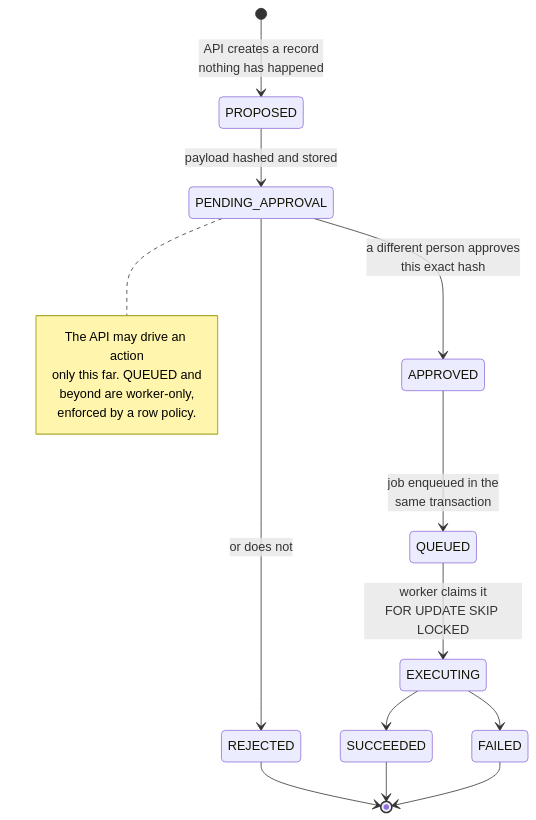
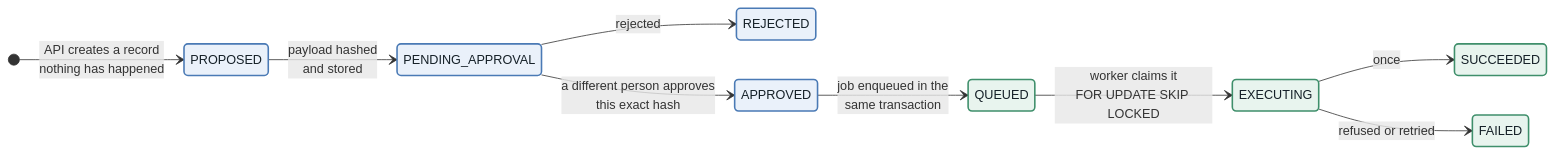
The fourth of 5 diagrams in docs/architecture/README.md (bentalem/Assume-the-Model-Is-Compromised), drawn with Mermaid before and after one commit. The commit also changed other lines of this file and 14 other files, not shown here.

````diff
--- a/docs/architecture/README.md
+++ b/docs/architecture/README.md
@@ -230,21 +217,17 @@
 ```mermaid
 stateDiagram-v2
+    direction LR
     [*] --> PROPOSED: API creates a record<br/>nothing has happened
-    PROPOSED --> PENDING_APPROVAL: payload hashed and stored
+    PROPOSED --> PENDING_APPROVAL: payload hashed<br/>and stored
+    PENDING_APPROVAL --> REJECTED: rejected
     PENDING_APPROVAL --> APPROVED: a different person approves<br/>this exact hash
-    PENDING_APPROVAL --> REJECTED: or does not
     APPROVED --> QUEUED: job enqueued in the<br/>same transaction
     QUEUED --> EXECUTING: worker claims it<br/>FOR UPDATE SKIP LOCKED
-    EXECUTING --> SUCCEEDED
-    EXECUTING --> FAILED
-    REJECTED --> [*]
-    SUCCEEDED --> [*]
-    FAILED --> [*]
+    EXECUTING --> SUCCEEDED: once
+    EXECUTING --> FAILED: refused or retried
 
-    note right of PENDING_APPROVAL
-        The API may drive an action
-        only this far. QUEUED and
-        beyond are worker-only,
-        enforced by a row policy.
-    end note
+    classDef reach fill:#eaf1fa,stroke:#4a7ab5,stroke-width:2px,color:#152028
+    classDef only fill:#e8f4ee,stroke:#3f8f6b,stroke-width:2px,color:#152028
+    class PROPOSED,PENDING_APPROVAL,APPROVED,REJECTED reach
+    class QUEUED,EXECUTING,SUCCEEDED,FAILED only
 ```
````
